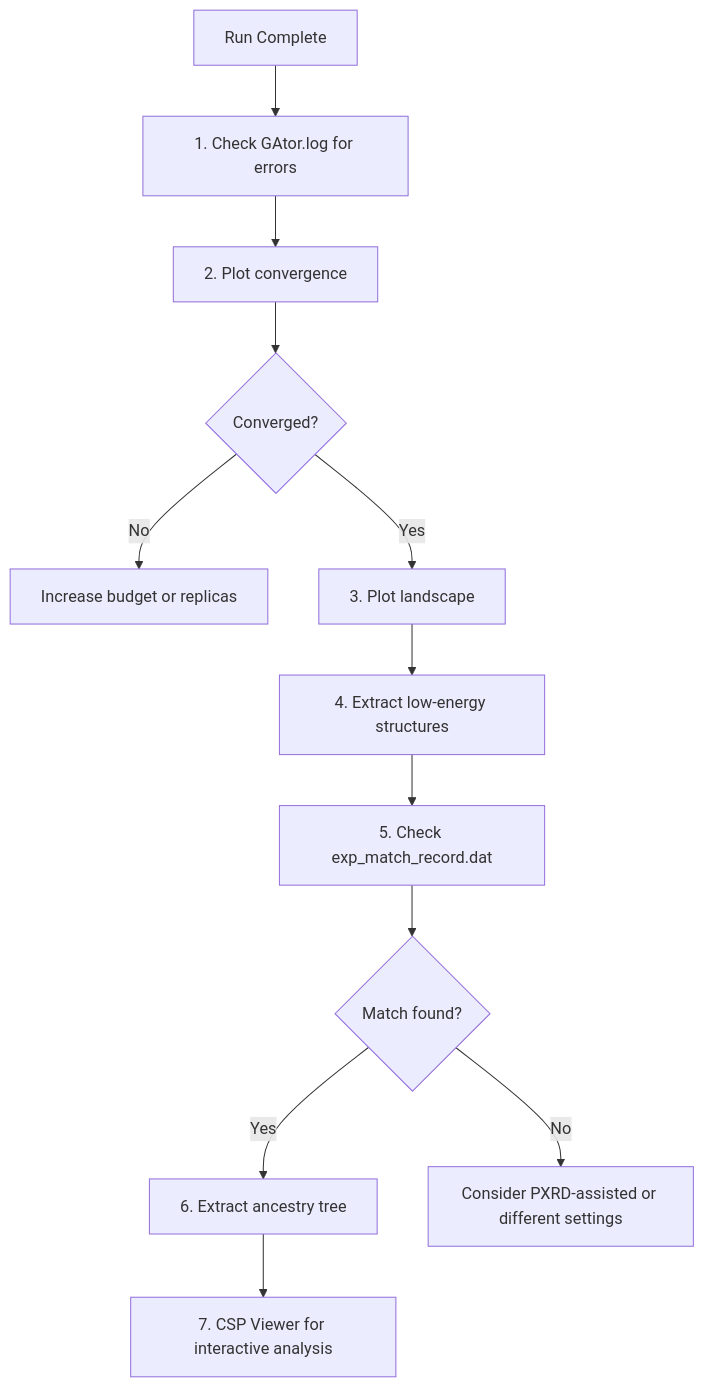
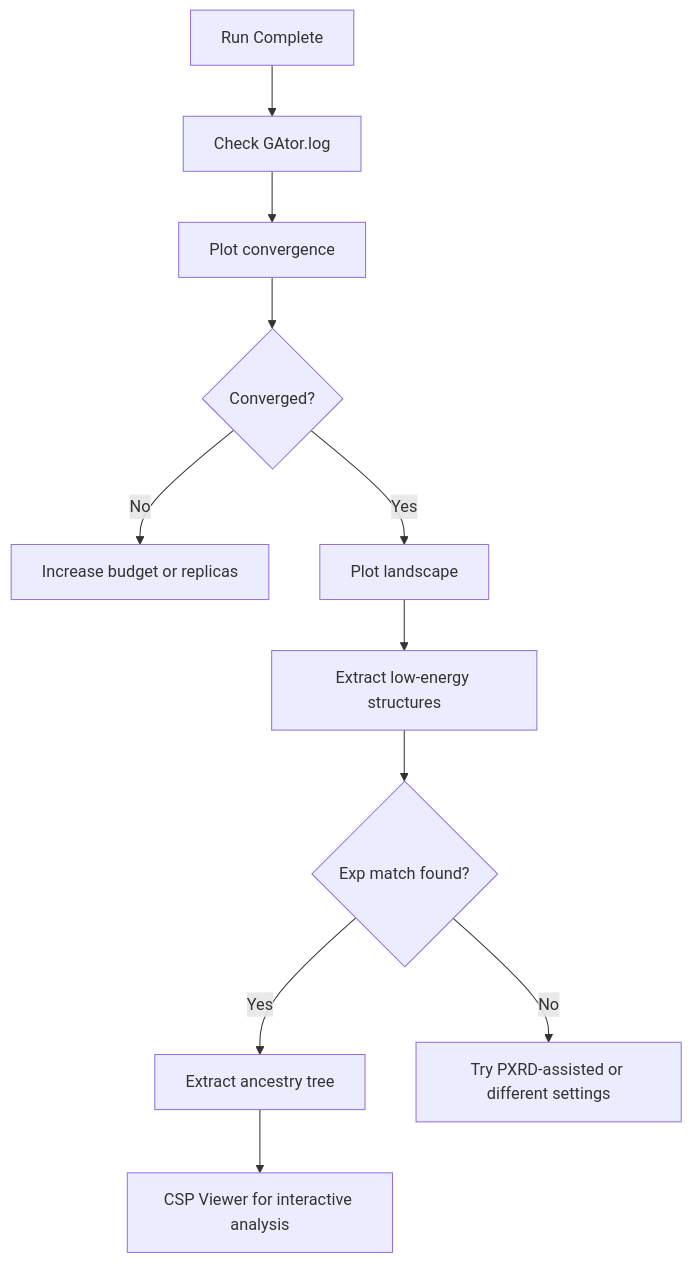
The diagram in doc/docs/tutorials/post-analysis.md (Jiayihua2001/GAtor2.0_doc), drawn with Mermaid before and after one commit. The commit also changed other lines of this file and 11 other files, not shown here.

````diff
--- a/doc/docs/tutorials/post-analysis.md
+++ b/doc/docs/tutorials/post-analysis.md
@@ -234,14 +128,13 @@
 ```mermaid
 graph TD
-    A[Run Complete] --> B[1. Check GAtor.log for errors]
-    B --> C[2. Plot convergence]
+    A[Run Complete] --> B[Check GAtor.log]
+    B --> C[Plot convergence]
     C --> D{Converged?}
     D -->|No| E[Increase budget or replicas]
-    D -->|Yes| F[3. Plot landscape]
-    F --> G[4. Extract low-energy structures]
-    G --> H[5. Check exp_match_record.dat]
-    H --> I{Match found?}
-    I -->|Yes| J[6. Extract ancestry tree]
-    I -->|No| K[Consider PXRD-assisted or different settings]
-    J --> L[7. CSP Viewer for interactive analysis]
+    D -->|Yes| F[Plot landscape]
+    F --> G[Extract low-energy structures]
+    G --> H{Exp match found?}
+    H -->|Yes| I[Extract ancestry tree]
+    H -->|No| J[Try PXRD-assisted or different settings]
+    I --> K[CSP Viewer for interactive analysis]
 ```
````
